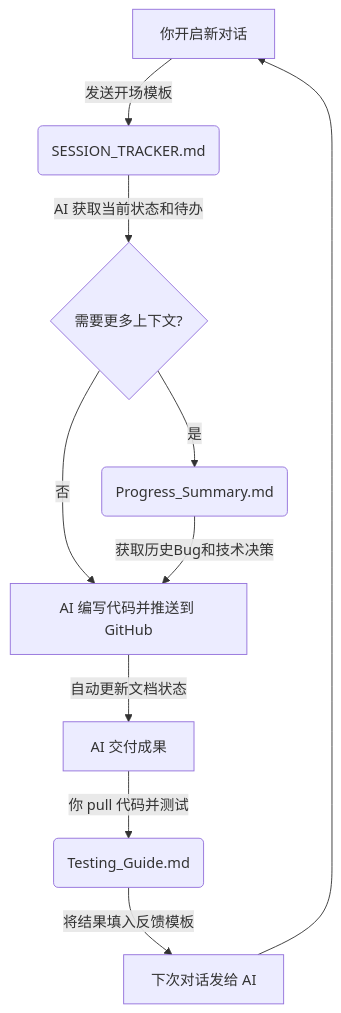
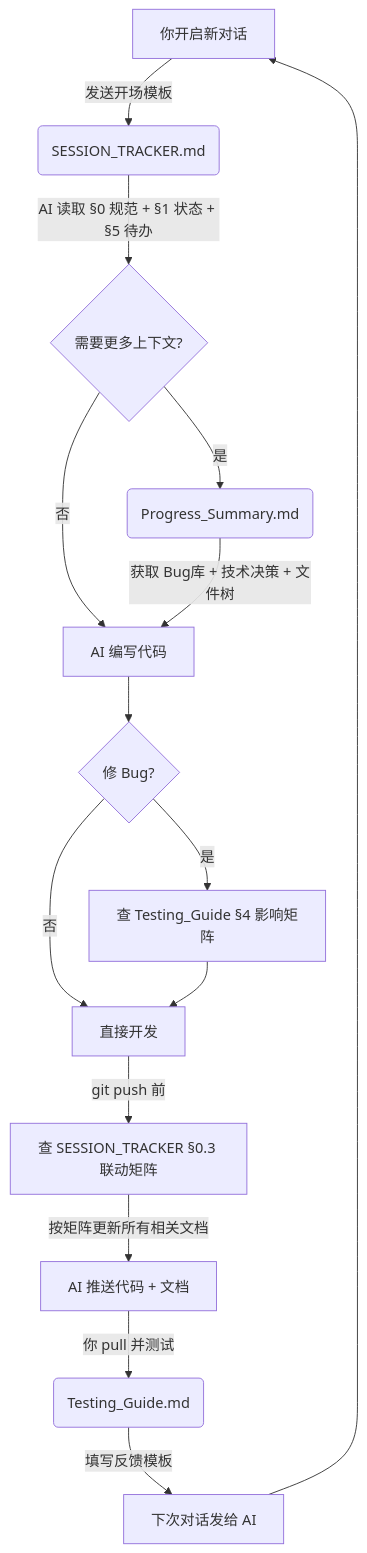
The diagram in README.md (jiaxuGOGOGO/MarioTrickster), drawn with Mermaid before and after one commit. The commit also changed other lines of this file and 2 other files, not shown here.

Commit message:
Add cross-document sync matrix and update workflow diagrams
SESSION_TRACKER §0.3:
- Replace simple checklist with full sync matrix
- Add 'source of truth' assignment table (10 info types)
- Add 'trigger-based sync checklist' (6 modification types x 5 docs)
- Core principle: each info has ONE source doc, others only reference

README:
- Update Mermaid workflow diagram: add impact matrix + sync matrix steps
- Update doc navigation description: mention sync matrix
- AI instructions: must execute §0.3 sync matrix before push

AI_WORKFLOW §2.4:
- Add §0.3 sync matrix reference to regression workflow
- Add step 3: AI checks sync matrix before push
- Point to SESSION_TRACKER §0.3 for detailed rules

````diff
--- a/README.md
+++ b/README.md
@@ -25,12 +25,17 @@
 ```mermaid
 graph TD
     A[你开启新对话] -->|发送开场模板| B(SESSION_TRACKER.md)
-    B -->|AI 获取当前状态和待办| C{需要更多上下文?}
+    B -->|AI 读取 §0 规范 + §1 状态 + §5 待办| C{需要更多上下文?}
     C -->|是| D(Progress_Summary.md)
-    C -->|否| E[AI 编写代码并推送到 GitHub]
-    D -->|获取历史Bug和技术决策| E
-    E -->|自动更新文档状态| F[AI 交付成果]
-    F -->|你 pull 代码并测试| G(Testing_Guide.md)
-    G -->|将结果填入反馈模板| H[下次对话发给 AI]
-    H --> A
+    C -->|否| E[AI 编写代码]
+    D -->|获取 Bug库 + 技术决策 + 文件树| E
+    E --> F{修 Bug?}
+    F -->|是| G[查 Testing_Guide §4 影响矩阵]
+    F -->|否| H[直接开发]
+    G --> H
+    H -->|git push 前| I[查 SESSION_TRACKER §0.3 联动矩阵]
+    I -->|按矩阵更新所有相关文档| J[AI 推送代码 + 文档]
+    J -->|你 pull 并测试| K(Testing_Guide.md)
+    K -->|填写反馈模板| L[下次对话发给 AI]
+    L --> A
 ```
````
